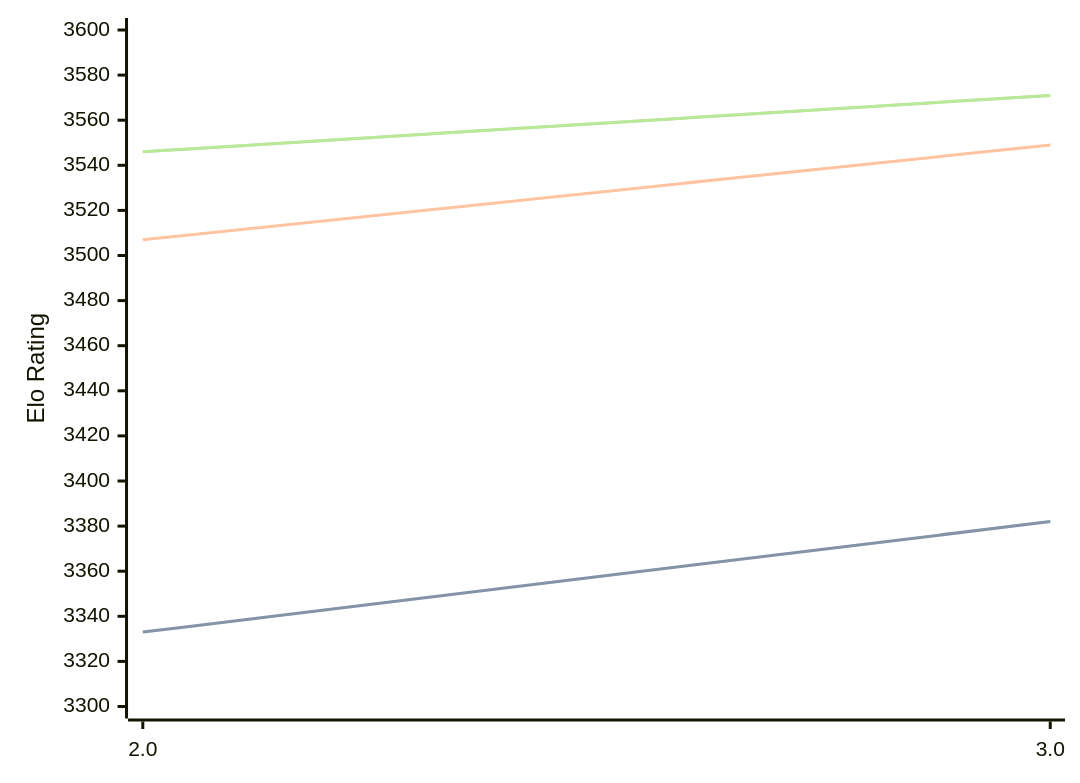
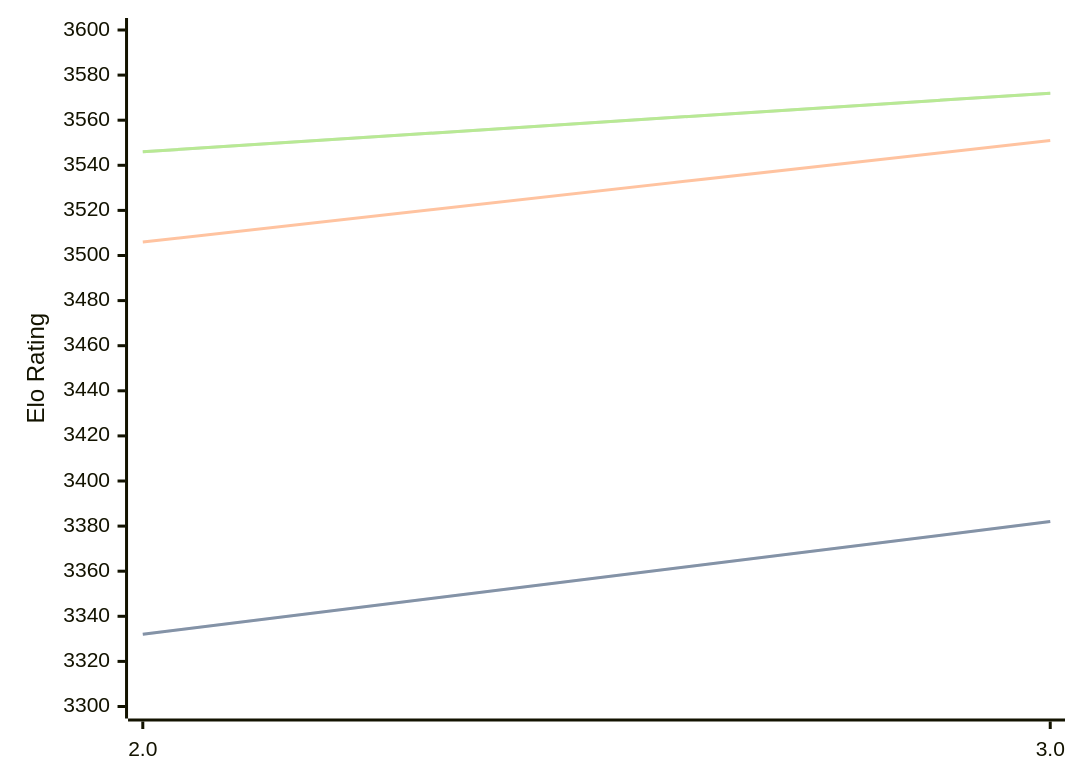
The diagram in engines/Quanticade.md (computer-chess-index/cci), drawn with Mermaid before and after one commit. The commit also changed other lines of this file, not shown here.

Commit message:
Update CCI Ratings (ELO VLTC) - 2026-03-12

````diff
--- a/engines/Quanticade.md
+++ b/engines/Quanticade.md
@@ -39,11 +39,11 @@
 ```mermaid
 %%{init: {"theme":"base","themeVariables":{"seriesColors:['#a3a3a3','#222221','#faa371']}}}%%
 xychart-beta
   x-axis ["2.0", "3.0"]
   y-axis "Elo Rating" 3300 --> 3600
-  line "STC (8.0+0.08s)" [3333, 3382]
-  line "STC (8.0+0.08s)" [3333, 3382]
-  line "LTC (60.0+0.60s)" [3507, 3549]
-  line "VLTC (2m24s+1.12s)" [3546, 3571]
-  line "VLTC (2m24s+1.12s)" [3546, 3571]
+  line "STC (8.0+0.08s)" [3332, 3382]
+  line "STC (8.0+0.08s)" [3332, 3382]
+  line "LTC (60.0+0.60s)" [3506, 3551]
+  line "VLTC (2m24s+1.12s)" [3546, 3572]
+  line "VLTC (2m24s+1.12s)" [3546, 3572]
 ```
````
